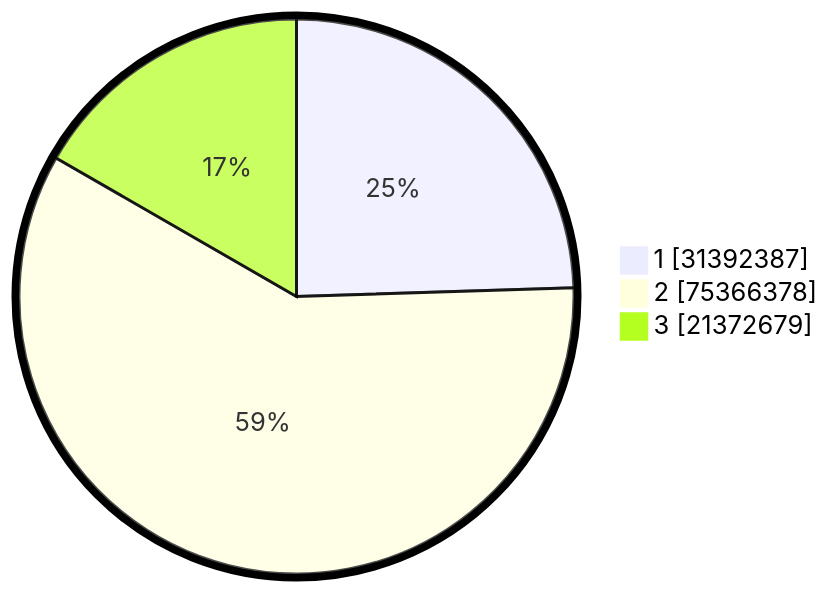
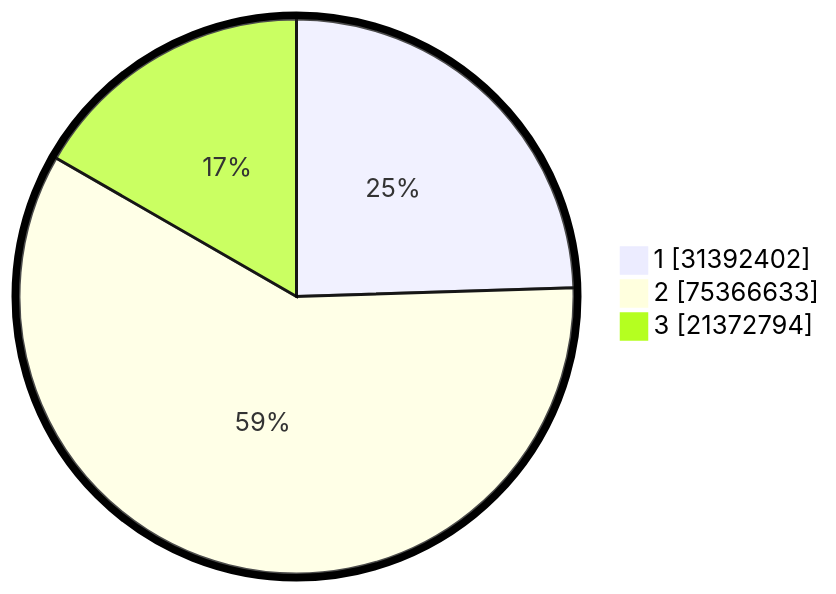
One commit to gigit-pemilu/pemilu-2024 changed the second of 2 diagrams in pilpres/hitung-suara/README.md. Above: the diagram before and after it, drawn with Mermaid. The commit also changed other lines of this file and 9 other files, not shown here.

````diff
--- a/pilpres/hitung-suara/README.md
+++ b/pilpres/hitung-suara/README.md
@@ -93,7 +93,7 @@
 ```mermaid
 %%{init: {"pie": {"textPosition": 0.5}, "themeVariables": {"pieOuterStrokeWidth": "5px"}} }%%
 pie showData
-    "1" : 31392387
-    "2" : 75366378
-    "3" : 21372679
+    "1" : 31392402
+    "2" : 75366633
+    "3" : 21372794
 ```
````
